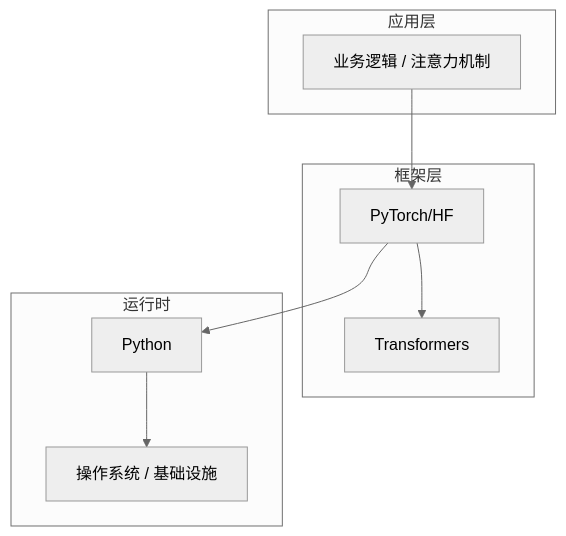
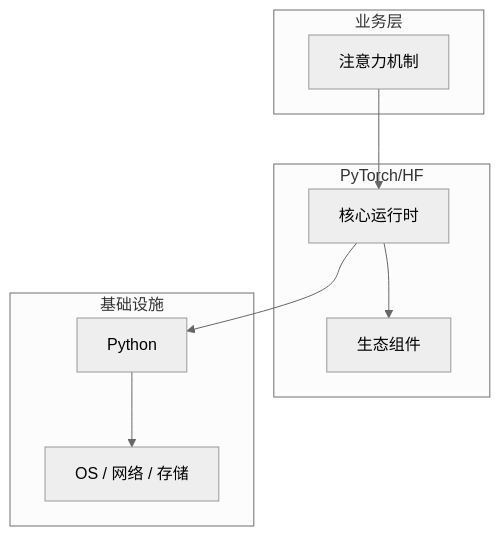
Before and after one commit to yanggan2015/knowledge-json-v2: the diagram in articles/大语言模型/chapters/017-注意力机制核心概念与原理.md, drawn with Mermaid (neutral theme). The commit also changed other lines of this file and 10127 other files, not shown here.

````diff
--- a/articles/大语言模型/chapters/017-注意力机制核心概念与原理.md
+++ b/articles/大语言模型/chapters/017-注意力机制核心概念与原理.md
@@ -45,18 +30,18 @@
 ```mermaid
 graph TB
-    subgraph 应用层
-        A[业务逻辑 / 注意力机制]
+    subgraph 业务层
+        A[注意力机制]
     end
-    subgraph 框架层
-        B[PyTorch/HF]
-        C[Transformers]
+    subgraph PyTorch/HF
+        B[核心运行时]
+        C[生态组件]
     end
-    subgraph 运行时
+    subgraph 基础设施
         D[Python]
-        E[操作系统 / 基础设施]
+        E[OS / 网络 / 存储]
     end
     A --> B
     B --> C
     B --> D
     D --> E
 ```
````
